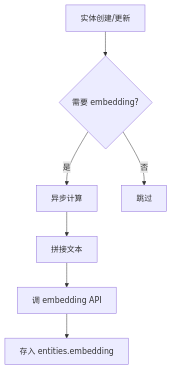
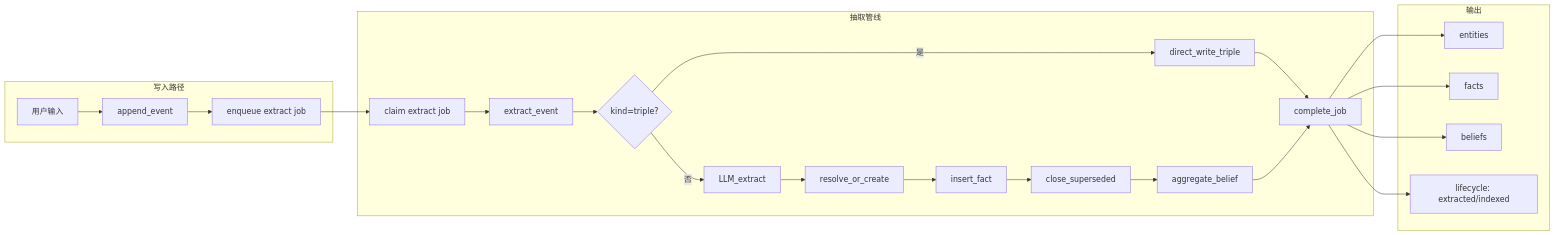
Before and after one commit to pty819/cortex-py-book: the fourth of 4 diagrams in source/chapters/04-extraction-pipeline.md, drawn with Mermaid. The commit also changed other lines of this file and 18 other files, not shown here.

First line of the commit message:
docs: refresh book with latest cortex-py architecture

````diff
--- a/source/chapters/04-extraction-pipeline.md
+++ b/source/chapters/04-extraction-pipeline.md
@@ -358,10 +465,28 @@
 ```{mermaid}
-flowchart TD
-    A[实体创建/更新] --> B{需要 embedding?}
-    B -->|是| C[异步计算]
-    B -->|否| D[跳过]
+flowchart LR
+    subgraph 写入路径
+        A[用户输入] --> B[append_event]
+        B --> C[enqueue extract job]
+    end
     
-    C --> E[拼接文本]
-    E --> F[调 embedding API]
-    F --> G[存入 entities.embedding]
+    subgraph 抽取管线
+        C --> D[claim extract job]
+        D --> E[extract_event]
+        E --> F{kind=triple?}
+        F -->|是| G[direct_write_triple]
+        F -->|否| H[LLM_extract]
+        H --> I[resolve_or_create]
+        I --> J[insert_fact]
+        J --> K[close_superseded]
+        K --> L[aggregate_belief]
+        G --> M[complete_job]
+        L --> M
+    end
+    
+    subgraph 输出
+        M --> N[entities]
+        M --> O[facts]
+        M --> P[beliefs]
+        M --> Q[lifecycle: extracted/indexed]
+    end
 ```
````
